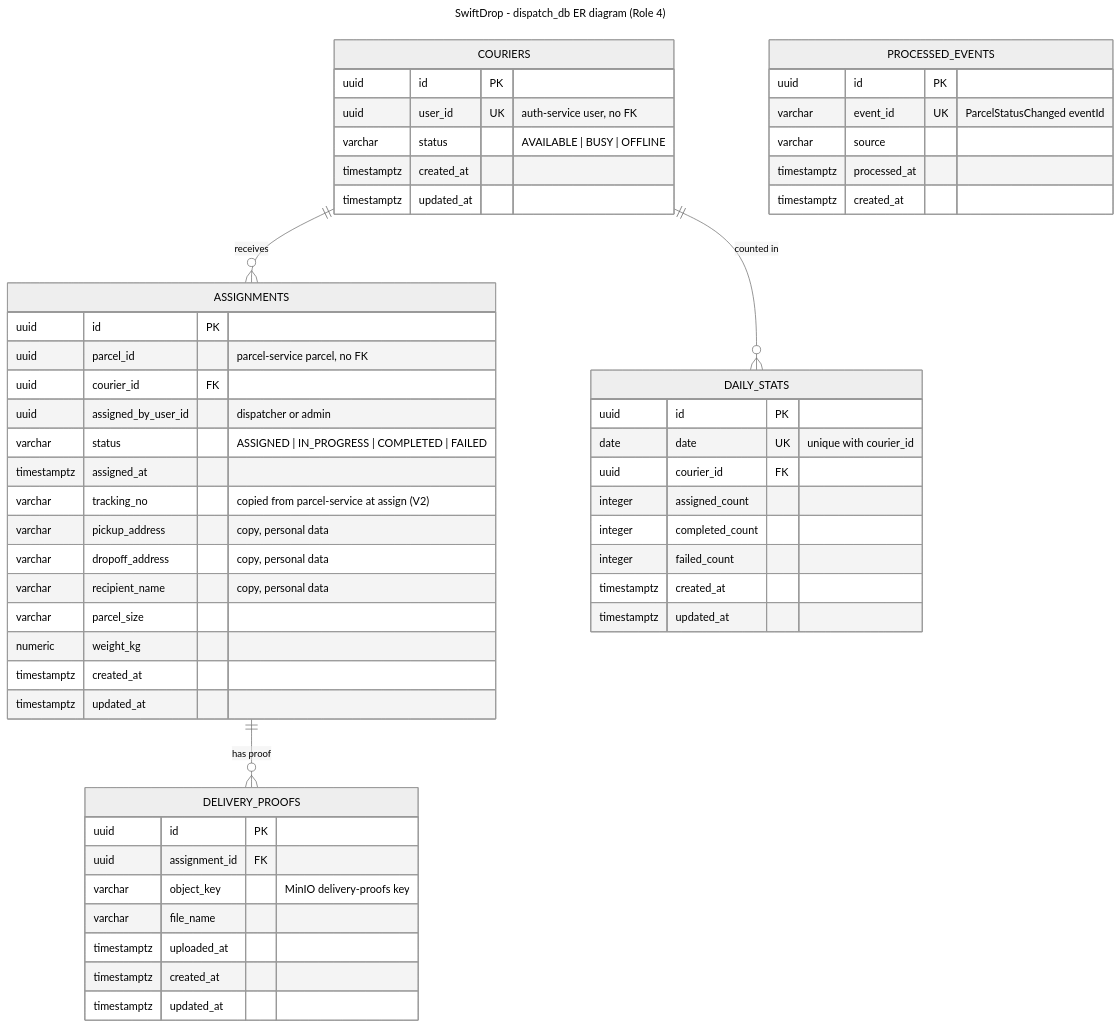
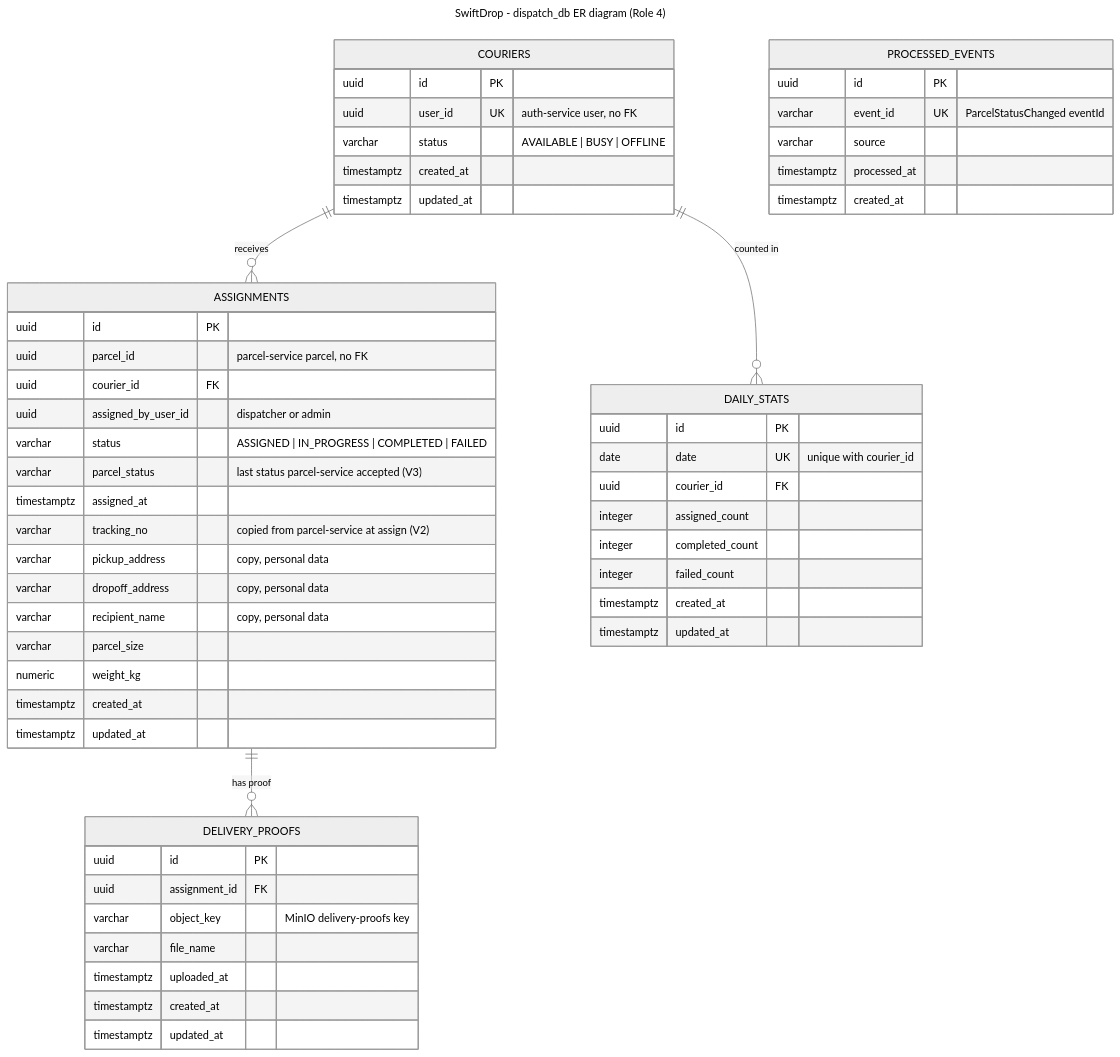
The diagram in docs/diagrams/er-dispatch.mmd (Sachintha-dilshan49/SwiftDrop), drawn with Mermaid (neutral theme) before and after one commit. The commit also changed 11 other files, not shown here.

First line of the commit message:
feat(dispatch): remember the parcel status on each assignment

```diff
--- a/docs/diagrams/er-dispatch.mmd
+++ b/docs/diagrams/er-dispatch.mmd
@@ -1,61 +1,62 @@
 ---
 title: SwiftDrop - dispatch_db ER diagram (Role 4)
 ---
 erDiagram
     COURIERS {
         uuid id PK
         uuid user_id UK "auth-service user, no FK"
         varchar status "AVAILABLE | BUSY | OFFLINE"
         timestamptz created_at
         timestamptz updated_at
     }
 
     ASSIGNMENTS {
         uuid id PK
         uuid parcel_id "parcel-service parcel, no FK"
         uuid courier_id FK
         uuid assigned_by_user_id "dispatcher or admin"
         varchar status "ASSIGNED | IN_PROGRESS | COMPLETED | FAILED"
+        varchar parcel_status "last status parcel-service accepted (V3)"
         timestamptz assigned_at
         varchar tracking_no "copied from parcel-service at assign (V2)"
         varchar pickup_address "copy, personal data"
         varchar dropoff_address "copy, personal data"
         varchar recipient_name "copy, personal data"
         varchar parcel_size
         numeric weight_kg
         timestamptz created_at
         timestamptz updated_at
     }
 
     DELIVERY_PROOFS {
         uuid id PK
         uuid assignment_id FK
         varchar object_key "MinIO delivery-proofs key"
         varchar file_name
         timestamptz uploaded_at
         timestamptz created_at
         timestamptz updated_at
     }
 
     DAILY_STATS {
         uuid id PK
         date date UK "unique with courier_id"
         uuid courier_id FK
         integer assigned_count
         integer completed_count
         integer failed_count
         timestamptz created_at
         timestamptz updated_at
     }
 
     PROCESSED_EVENTS {
         uuid id PK
         varchar event_id UK "ParcelStatusChanged eventId"
         varchar source
         timestamptz processed_at
         timestamptz created_at
     }
 
     COURIERS ||--o{ ASSIGNMENTS : "receives"
     ASSIGNMENTS ||--o{ DELIVERY_PROOFS : "has proof"
     COURIERS ||--o{ DAILY_STATS : "counted in"
```
